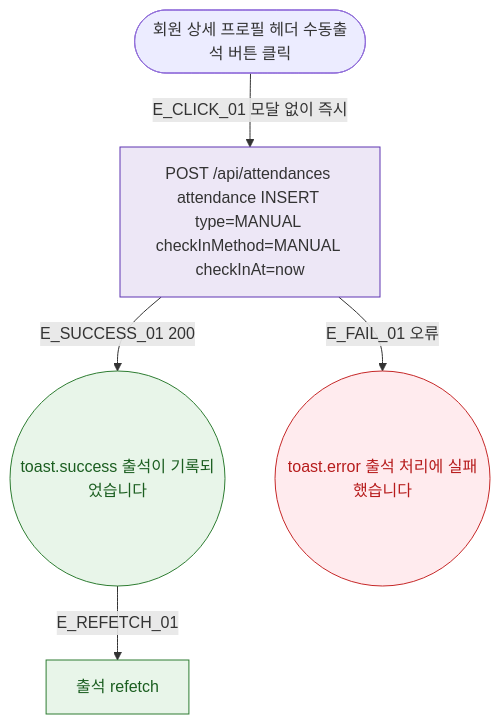
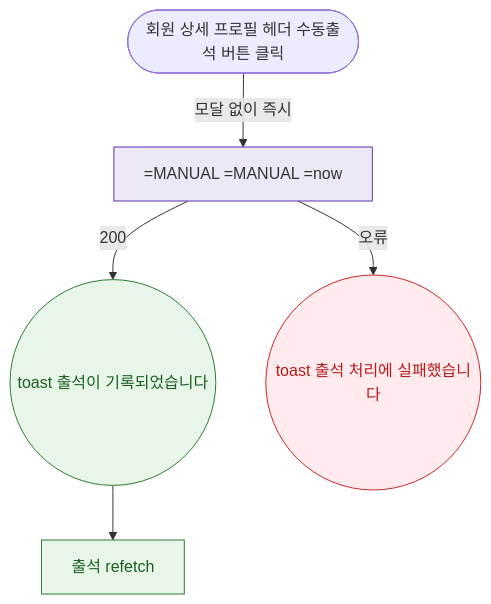
Before and after one commit to dev-spogym/admin-pando: the diagram in docs/다이어그램/D02_회원관리/DLG/DLG-M022_수동출석/M1_생명주기.md, drawn with Mermaid. The commit also changed other lines of this file and 1660 other files, not shown here.

First line of the commit message:
다이어그램: 기획자/클라이언트 납품본으로 정리

````diff
--- a/docs/다이어그램/D02_회원관리/DLG/DLG-M022_수동출석/M1_생명주기.md
+++ b/docs/다이어그램/D02_회원관리/DLG/DLG-M022_수동출석/M1_생명주기.md
@@ -22,19 +20,19 @@
 ```mermaid
 flowchart TD
   TRIGGER([회원 상세 프로필 헤더 수동출석 버튼 클릭])
 
-  TRIGGER -->|E_CLICK_01 모달 없이 즉시| API_CALL[POST /api/attendances attendance INSERT type=MANUAL checkInMethod=MANUAL checkInAt=now]
+  TRIGGER -->|모달 없이 즉시|API_CALL[=MANUAL =MANUAL =now]
 
-  API_CALL -->|E_SUCCESS_01 200| TOAST_OK((toast.success 출석이 기록되었습니다))
-  TOAST_OK -->|E_REFETCH_01| REFETCH[출석 refetch]
+  API_CALL -->|200|TOAST_OK((toast 출석이 기록되었습니다))
+  TOAST_OK --> REFETCH[출석 refetch]
 
-  API_CALL -->|E_FAIL_01 오류| TOAST_ERR((toast.error 출석 처리에 실패했습니다))
+  API_CALL -->|오류|TOAST_ERR((toast 출석 처리에 실패했습니다))
 
   classDef success fill:#E8F5E9,stroke:#2E7D32,color:#1B5E20
-  classDef error   fill:#FFEBEE,stroke:#C62828,color:#B71C1C
-  classDef system  fill:#EDE7F6,stroke:#5E35B2
+  classDef error fill:#FFEBEE,stroke:#C62828,color:#B71C1C
+  classDef system fill:#EDE7F6,stroke:#5E35B2
 
   class TOAST_OK,REFETCH success
   class TOAST_ERR error
   class API_CALL system
 ```
````
